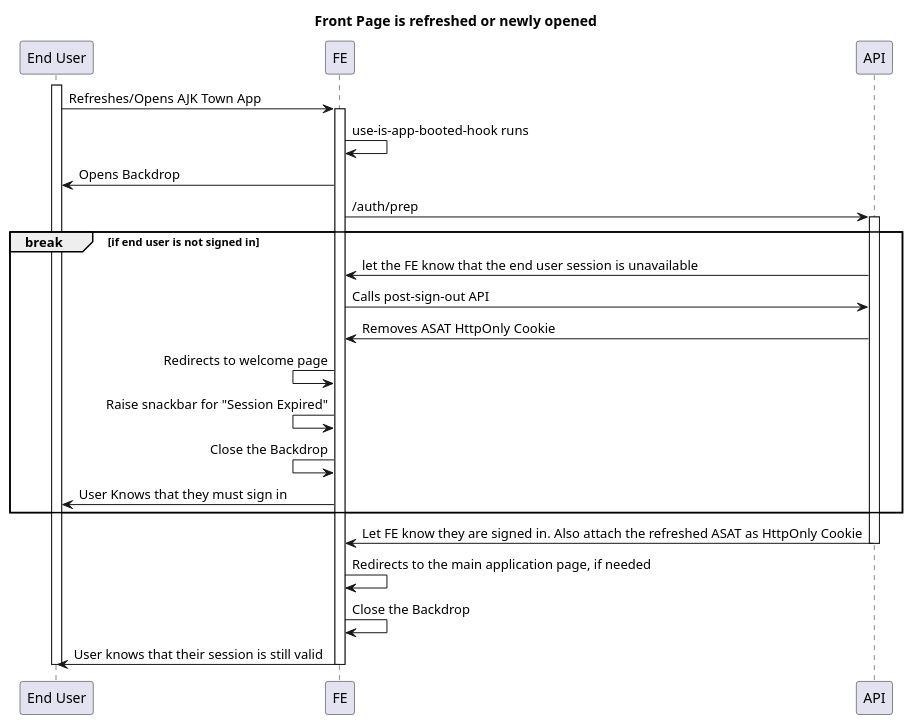
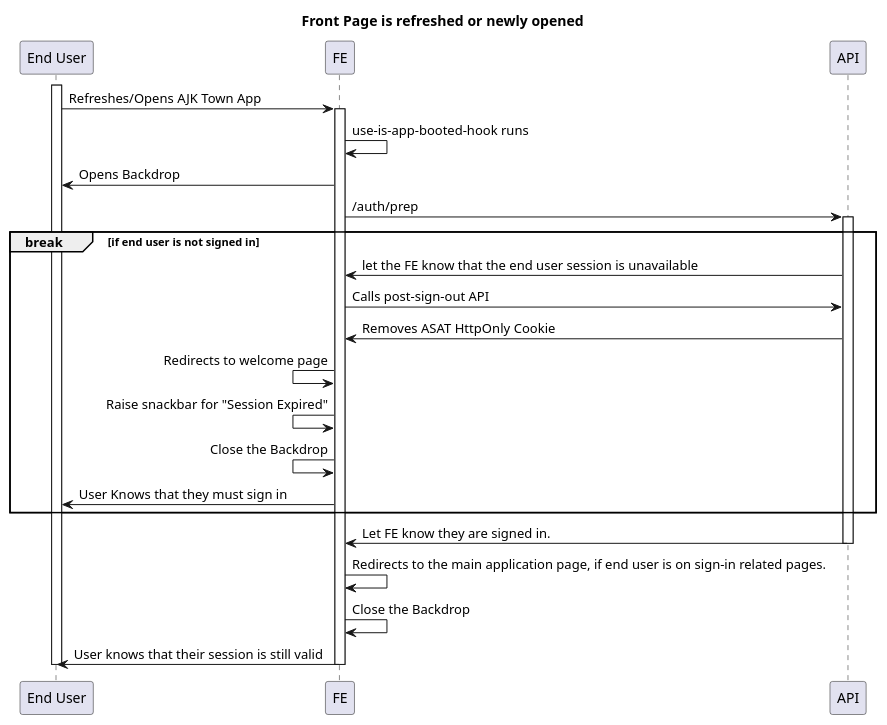
One commit to ajktown/docs changed the first of 2 diagrams in fe/sign-out.md. Above: the diagram before and after it, drawn with PlantUML. The commit also changed 2 other files, not shown here.

Commit message:
feat: comments handled

````diff
--- a/fe/sign-out.md
+++ b/fe/sign-out.md
@@ -60,36 +60,36 @@
 ```plantuml
 
 @startuml
 
 title Front Page is refreshed or newly opened
 
 participant "End User" as user
 participant "FE" as fe
 participant "API" as api
 
 activate user
   user -> fe: Refreshes/Opens AJK Town App
   activate fe
     fe -> fe: use-is-app-booted-hook runs
     user <- fe: Opens Backdrop
     fe -> api: /auth/prep
     activate api
       break if end user is not signed in
       fe <- api: let the FE know that the end user session is unavailable
       fe -> api: Calls post-sign-out API
       fe <- api: Removes ASAT HttpOnly Cookie
       fe <- fe: Redirects to welcome page
       fe <- fe: Raise snackbar for "Session Expired"
       fe <- fe: Close the Backdrop
       user <- fe: User Knows that they must sign in
       end break
-      fe <- api: Let FE know they are signed in. Also attach the refreshed ASAT as HttpOnly Cookie
+      fe <- api: Let FE know they are signed in.
     deactivate api
-    fe -> fe: Redirects to the main application page, if needed
+    fe -> fe: Redirects to the main application page, if end user is on sign-in related pages.
     fe -> fe: Close the Backdrop
     user <- fe: User knows that their session is still valid
   deactivate fe
 deactivate user
 
 
 ```
````
